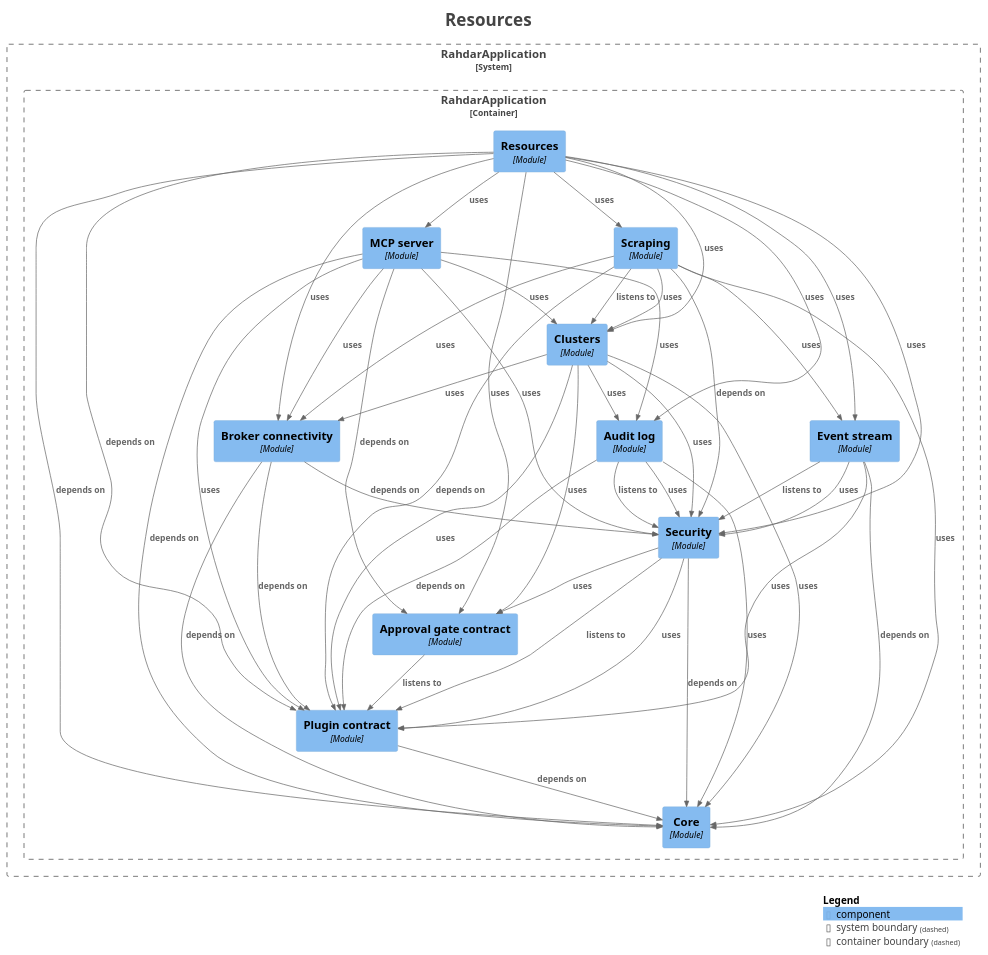
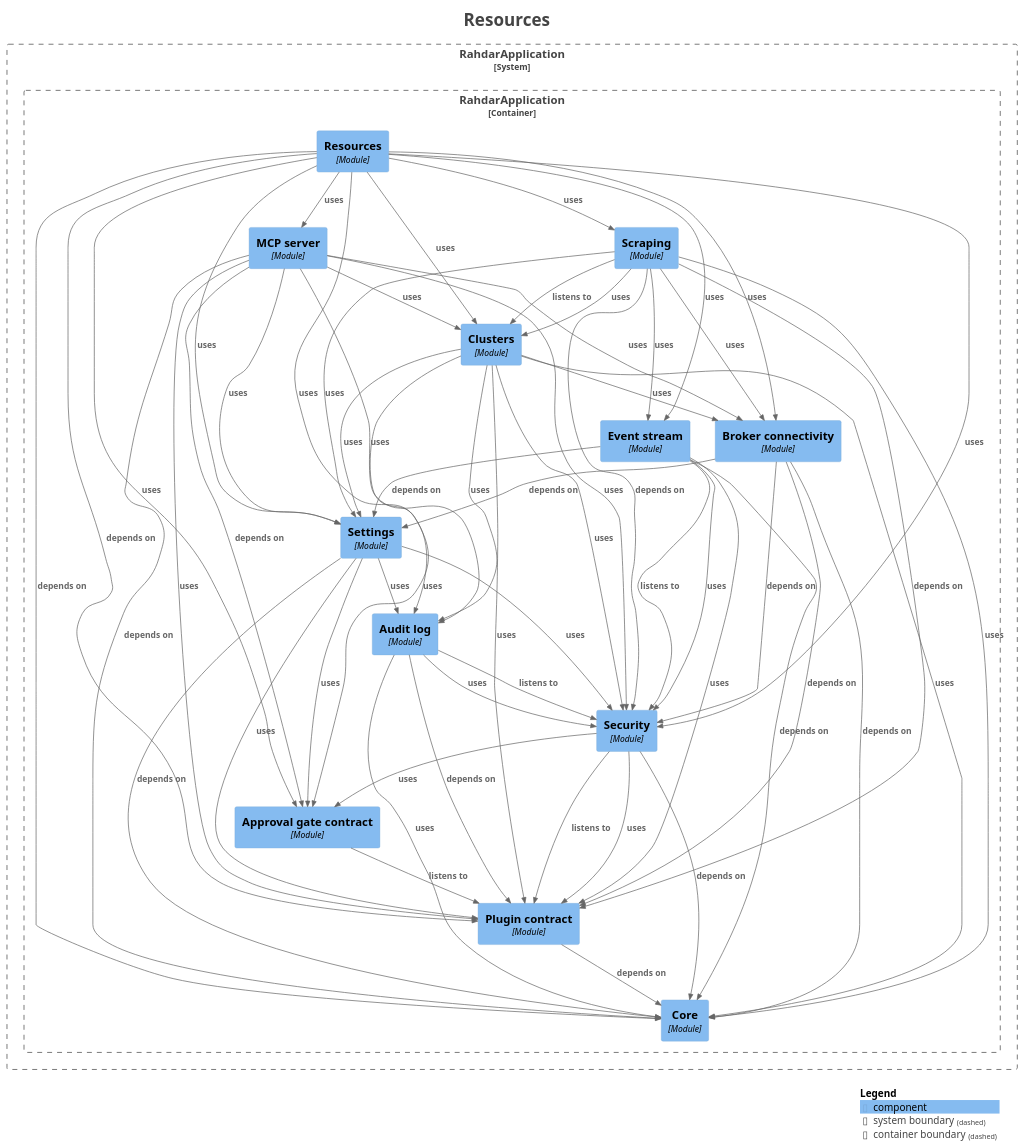
One commit to sudoitir/rahdar changed the diagram in docs/modules/module-feature.resources.puml. Above: the diagram before and after it, drawn with PlantUML. The commit also changed 11 other files, not shown here.

```diff
--- a/docs/modules/module-feature.resources.puml
+++ b/docs/modules/module-feature.resources.puml
@@ -1,85 +1,97 @@
 @startuml
 title <size:24>Resources</size>
 
 set separator none
 top to bottom direction
 
 <style>
   root {
     BackgroundColor: #ffffff
     FontColor: #444444
   }
 </style>
 
 !include <C4/C4>
 !include <C4/C4_Context>
 !include <C4/C4_Component>
 
 System_Boundary("RahdarApplication_boundary", "RahdarApplication", $tags="") {
   Container_Boundary("RahdarApplication.RahdarApplication_boundary", "RahdarApplication", $tags="") {
     Component(RahdarApplication.RahdarApplication.Approvalgatecontract, "Approval gate contract", $techn="Module", $descr="", $tags="", $link="")
     Component(RahdarApplication.RahdarApplication.Auditlog, "Audit log", $techn="Module", $descr="", $tags="", $link="")
     Component(RahdarApplication.RahdarApplication.Brokerconnectivity, "Broker connectivity", $techn="Module", $descr="", $tags="", $link="")
     Component(RahdarApplication.RahdarApplication.Clusters, "Clusters", $techn="Module", $descr="", $tags="", $link="")
     Component(RahdarApplication.RahdarApplication.Core, "Core", $techn="Module", $descr="", $tags="", $link="")
     Component(RahdarApplication.RahdarApplication.Eventstream, "Event stream", $techn="Module", $descr="", $tags="", $link="")
     Component(RahdarApplication.RahdarApplication.MCPserver, "MCP server", $techn="Module", $descr="", $tags="", $link="")
     Component(RahdarApplication.RahdarApplication.Plugincontract, "Plugin contract", $techn="Module", $descr="", $tags="", $link="")
     Component(RahdarApplication.RahdarApplication.Resources, "Resources", $techn="Module", $descr="", $tags="", $link="")
     Component(RahdarApplication.RahdarApplication.Scraping, "Scraping", $techn="Module", $descr="", $tags="", $link="")
     Component(RahdarApplication.RahdarApplication.Security, "Security", $techn="Module", $descr="", $tags="", $link="")
+    Component(RahdarApplication.RahdarApplication.Settings, "Settings", $techn="Module", $descr="", $tags="", $link="")
   }
 
 }
 
 Rel(RahdarApplication.RahdarApplication.Approvalgatecontract, RahdarApplication.RahdarApplication.Plugincontract, "listens to", $techn="", $tags="", $link="")
 Rel(RahdarApplication.RahdarApplication.Auditlog, RahdarApplication.RahdarApplication.Core, "uses", $techn="", $tags="", $link="")
 Rel(RahdarApplication.RahdarApplication.Auditlog, RahdarApplication.RahdarApplication.Plugincontract, "depends on", $techn="", $tags="", $link="")
 Rel(RahdarApplication.RahdarApplication.Auditlog, RahdarApplication.RahdarApplication.Security, "listens to", $techn="", $tags="", $link="")
 Rel(RahdarApplication.RahdarApplication.Auditlog, RahdarApplication.RahdarApplication.Security, "uses", $techn="", $tags="", $link="")
 Rel(RahdarApplication.RahdarApplication.Brokerconnectivity, RahdarApplication.RahdarApplication.Core, "depends on", $techn="", $tags="", $link="")
 Rel(RahdarApplication.RahdarApplication.Brokerconnectivity, RahdarApplication.RahdarApplication.Plugincontract, "depends on", $techn="", $tags="", $link="")
 Rel(RahdarApplication.RahdarApplication.Brokerconnectivity, RahdarApplication.RahdarApplication.Security, "depends on", $techn="", $tags="", $link="")
+Rel(RahdarApplication.RahdarApplication.Brokerconnectivity, RahdarApplication.RahdarApplication.Settings, "depends on", $techn="", $tags="", $link="")
 Rel(RahdarApplication.RahdarApplication.Clusters, RahdarApplication.RahdarApplication.Approvalgatecontract, "uses", $techn="", $tags="", $link="")
 Rel(RahdarApplication.RahdarApplication.Clusters, RahdarApplication.RahdarApplication.Auditlog, "uses", $techn="", $tags="", $link="")
 Rel(RahdarApplication.RahdarApplication.Clusters, RahdarApplication.RahdarApplication.Brokerconnectivity, "uses", $techn="", $tags="", $link="")
 Rel(RahdarApplication.RahdarApplication.Clusters, RahdarApplication.RahdarApplication.Core, "uses", $techn="", $tags="", $link="")
 Rel(RahdarApplication.RahdarApplication.Clusters, RahdarApplication.RahdarApplication.Plugincontract, "uses", $techn="", $tags="", $link="")
 Rel(RahdarApplication.RahdarApplication.Clusters, RahdarApplication.RahdarApplication.Security, "uses", $techn="", $tags="", $link="")
+Rel(RahdarApplication.RahdarApplication.Clusters, RahdarApplication.RahdarApplication.Settings, "uses", $techn="", $tags="", $link="")
 Rel(RahdarApplication.RahdarApplication.Eventstream, RahdarApplication.RahdarApplication.Core, "depends on", $techn="", $tags="", $link="")
 Rel(RahdarApplication.RahdarApplication.Eventstream, RahdarApplication.RahdarApplication.Plugincontract, "uses", $techn="", $tags="", $link="")
 Rel(RahdarApplication.RahdarApplication.Eventstream, RahdarApplication.RahdarApplication.Security, "listens to", $techn="", $tags="", $link="")
 Rel(RahdarApplication.RahdarApplication.Eventstream, RahdarApplication.RahdarApplication.Security, "uses", $techn="", $tags="", $link="")
+Rel(RahdarApplication.RahdarApplication.Eventstream, RahdarApplication.RahdarApplication.Settings, "depends on", $techn="", $tags="", $link="")
 Rel(RahdarApplication.RahdarApplication.MCPserver, RahdarApplication.RahdarApplication.Approvalgatecontract, "depends on", $techn="", $tags="", $link="")
 Rel(RahdarApplication.RahdarApplication.MCPserver, RahdarApplication.RahdarApplication.Auditlog, "uses", $techn="", $tags="", $link="")
 Rel(RahdarApplication.RahdarApplication.MCPserver, RahdarApplication.RahdarApplication.Brokerconnectivity, "uses", $techn="", $tags="", $link="")
 Rel(RahdarApplication.RahdarApplication.MCPserver, RahdarApplication.RahdarApplication.Clusters, "uses", $techn="", $tags="", $link="")
 Rel(RahdarApplication.RahdarApplication.MCPserver, RahdarApplication.RahdarApplication.Core, "depends on", $techn="", $tags="", $link="")
 Rel(RahdarApplication.RahdarApplication.MCPserver, RahdarApplication.RahdarApplication.Plugincontract, "uses", $techn="", $tags="", $link="")
 Rel(RahdarApplication.RahdarApplication.MCPserver, RahdarApplication.RahdarApplication.Security, "uses", $techn="", $tags="", $link="")
+Rel(RahdarApplication.RahdarApplication.MCPserver, RahdarApplication.RahdarApplication.Settings, "uses", $techn="", $tags="", $link="")
 Rel(RahdarApplication.RahdarApplication.Plugincontract, RahdarApplication.RahdarApplication.Core, "depends on", $techn="", $tags="", $link="")
 Rel(RahdarApplication.RahdarApplication.Resources, RahdarApplication.RahdarApplication.Approvalgatecontract, "uses", $techn="", $tags="", $link="")
 Rel(RahdarApplication.RahdarApplication.Resources, RahdarApplication.RahdarApplication.Auditlog, "uses", $techn="", $tags="", $link="")
 Rel(RahdarApplication.RahdarApplication.Resources, RahdarApplication.RahdarApplication.Brokerconnectivity, "uses", $techn="", $tags="", $link="")
 Rel(RahdarApplication.RahdarApplication.Resources, RahdarApplication.RahdarApplication.Clusters, "uses", $techn="", $tags="", $link="")
 Rel(RahdarApplication.RahdarApplication.Resources, RahdarApplication.RahdarApplication.Core, "depends on", $techn="", $tags="", $link="")
 Rel(RahdarApplication.RahdarApplication.Resources, RahdarApplication.RahdarApplication.Eventstream, "uses", $techn="", $tags="", $link="")
 Rel(RahdarApplication.RahdarApplication.Resources, RahdarApplication.RahdarApplication.MCPserver, "uses", $techn="", $tags="", $link="")
 Rel(RahdarApplication.RahdarApplication.Resources, RahdarApplication.RahdarApplication.Plugincontract, "depends on", $techn="", $tags="", $link="")
 Rel(RahdarApplication.RahdarApplication.Resources, RahdarApplication.RahdarApplication.Scraping, "uses", $techn="", $tags="", $link="")
 Rel(RahdarApplication.RahdarApplication.Resources, RahdarApplication.RahdarApplication.Security, "uses", $techn="", $tags="", $link="")
+Rel(RahdarApplication.RahdarApplication.Resources, RahdarApplication.RahdarApplication.Settings, "uses", $techn="", $tags="", $link="")
 Rel(RahdarApplication.RahdarApplication.Scraping, RahdarApplication.RahdarApplication.Brokerconnectivity, "uses", $techn="", $tags="", $link="")
 Rel(RahdarApplication.RahdarApplication.Scraping, RahdarApplication.RahdarApplication.Clusters, "listens to", $techn="", $tags="", $link="")
 Rel(RahdarApplication.RahdarApplication.Scraping, RahdarApplication.RahdarApplication.Clusters, "uses", $techn="", $tags="", $link="")
 Rel(RahdarApplication.RahdarApplication.Scraping, RahdarApplication.RahdarApplication.Core, "uses", $techn="", $tags="", $link="")
 Rel(RahdarApplication.RahdarApplication.Scraping, RahdarApplication.RahdarApplication.Eventstream, "uses", $techn="", $tags="", $link="")
 Rel(RahdarApplication.RahdarApplication.Scraping, RahdarApplication.RahdarApplication.Plugincontract, "depends on", $techn="", $tags="", $link="")
 Rel(RahdarApplication.RahdarApplication.Scraping, RahdarApplication.RahdarApplication.Security, "depends on", $techn="", $tags="", $link="")
+Rel(RahdarApplication.RahdarApplication.Scraping, RahdarApplication.RahdarApplication.Settings, "uses", $techn="", $tags="", $link="")
 Rel(RahdarApplication.RahdarApplication.Security, RahdarApplication.RahdarApplication.Approvalgatecontract, "uses", $techn="", $tags="", $link="")
 Rel(RahdarApplication.RahdarApplication.Security, RahdarApplication.RahdarApplication.Core, "depends on", $techn="", $tags="", $link="")
 Rel(RahdarApplication.RahdarApplication.Security, RahdarApplication.RahdarApplication.Plugincontract, "listens to", $techn="", $tags="", $link="")
 Rel(RahdarApplication.RahdarApplication.Security, RahdarApplication.RahdarApplication.Plugincontract, "uses", $techn="", $tags="", $link="")
+Rel(RahdarApplication.RahdarApplication.Settings, RahdarApplication.RahdarApplication.Approvalgatecontract, "uses", $techn="", $tags="", $link="")
+Rel(RahdarApplication.RahdarApplication.Settings, RahdarApplication.RahdarApplication.Auditlog, "uses", $techn="", $tags="", $link="")
+Rel(RahdarApplication.RahdarApplication.Settings, RahdarApplication.RahdarApplication.Core, "depends on", $techn="", $tags="", $link="")
+Rel(RahdarApplication.RahdarApplication.Settings, RahdarApplication.RahdarApplication.Plugincontract, "uses", $techn="", $tags="", $link="")
+Rel(RahdarApplication.RahdarApplication.Settings, RahdarApplication.RahdarApplication.Security, "uses", $techn="", $tags="", $link="")
 
 SHOW_LEGEND(true)
 hide stereotypes
 @enduml
```
